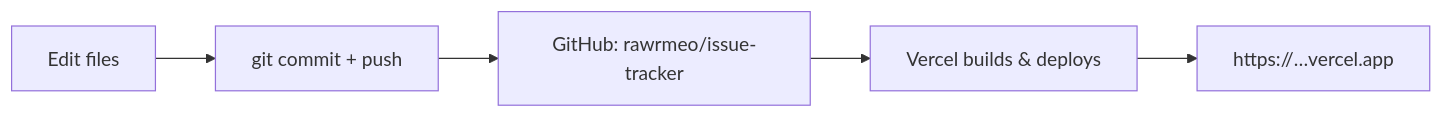
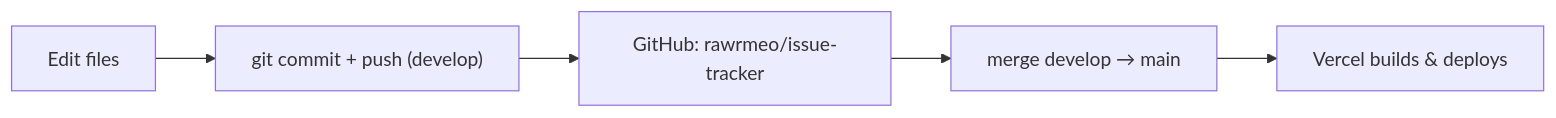
One commit to rawrmeo/issue-tracker changed diagram 22 of 22 in HANDOVER.md. Above: the diagram before and after it, drawn with Mermaid. The commit also changed other lines of this file and 5 other files, not shown here.

````diff
--- a/HANDOVER.md
+++ b/HANDOVER.md
@@ -505,7 +625,7 @@
 ```mermaid
 flowchart LR
-  D["Edit files"] --> G["git commit + push"]
+  D["Edit files"] --> G["git commit + push (develop)"]
   G --> GH["GitHub: rawrmeo/issue-tracker"]
-  GH --> V["Vercel builds & deploys"]
-  V --> L["https://…vercel.app"]
+  GH --> V["merge develop → main"]
+  V --> L["Vercel builds & deploys"]
 ```
````
